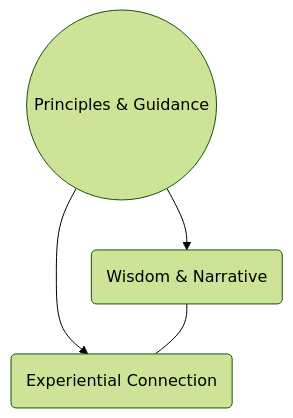
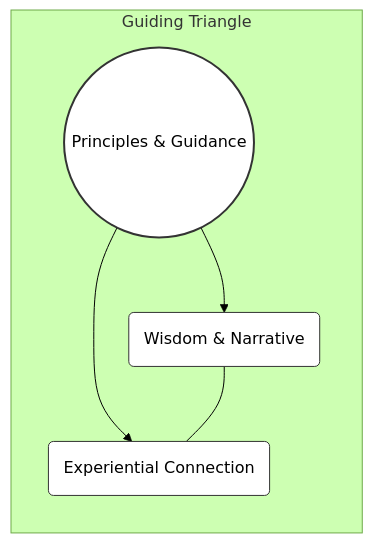
Before and after one commit to DoctorKhan/Works: the first of 2 diagrams in Avatar Journey.md, drawn with Mermaid (forest theme).

Commit message:
Enhance the Guiding Triangle diagram by clarifying relationships between Principles, Wisdom, and Experience; improve visual styling for better readability.

````diff
--- a/Avatar Journey.md
+++ b/Avatar Journey.md
@@ -15,6 +15,22 @@
 ```mermaid
 graph TD
-    PG((Principles & Guidance)) --> WN(Wisdom & Narrative)
-    PG --> EC(Experiential Connection)
+    PG((Principles & Guidance))
+    WN(Wisdom & Narrative)
+    EC(Experiential Connection)
+
+    PG --> WN
+    PG --> EC
     WN --- EC
+
+    subgraph Guiding Triangle
+        direction TB
+        PG
+        WN
+        EC
+    end
+
+    style PG fill:#fff,stroke:#333,stroke-width:2px
+    style WN fill:#fff,stroke:#333,stroke-width:1px
+    style EC fill:#fff,stroke:#333,stroke-width:1px
+
 ```
````
